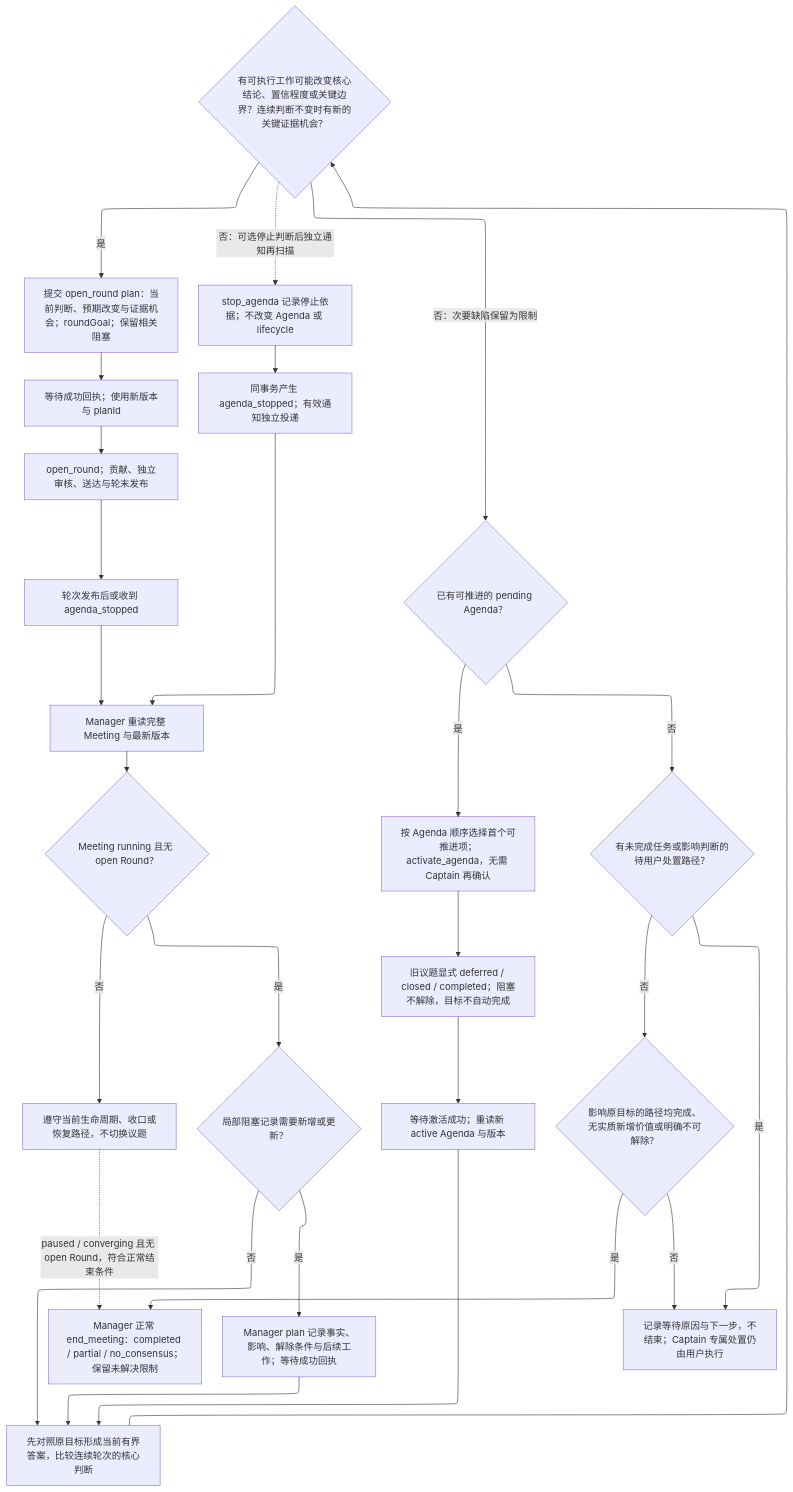
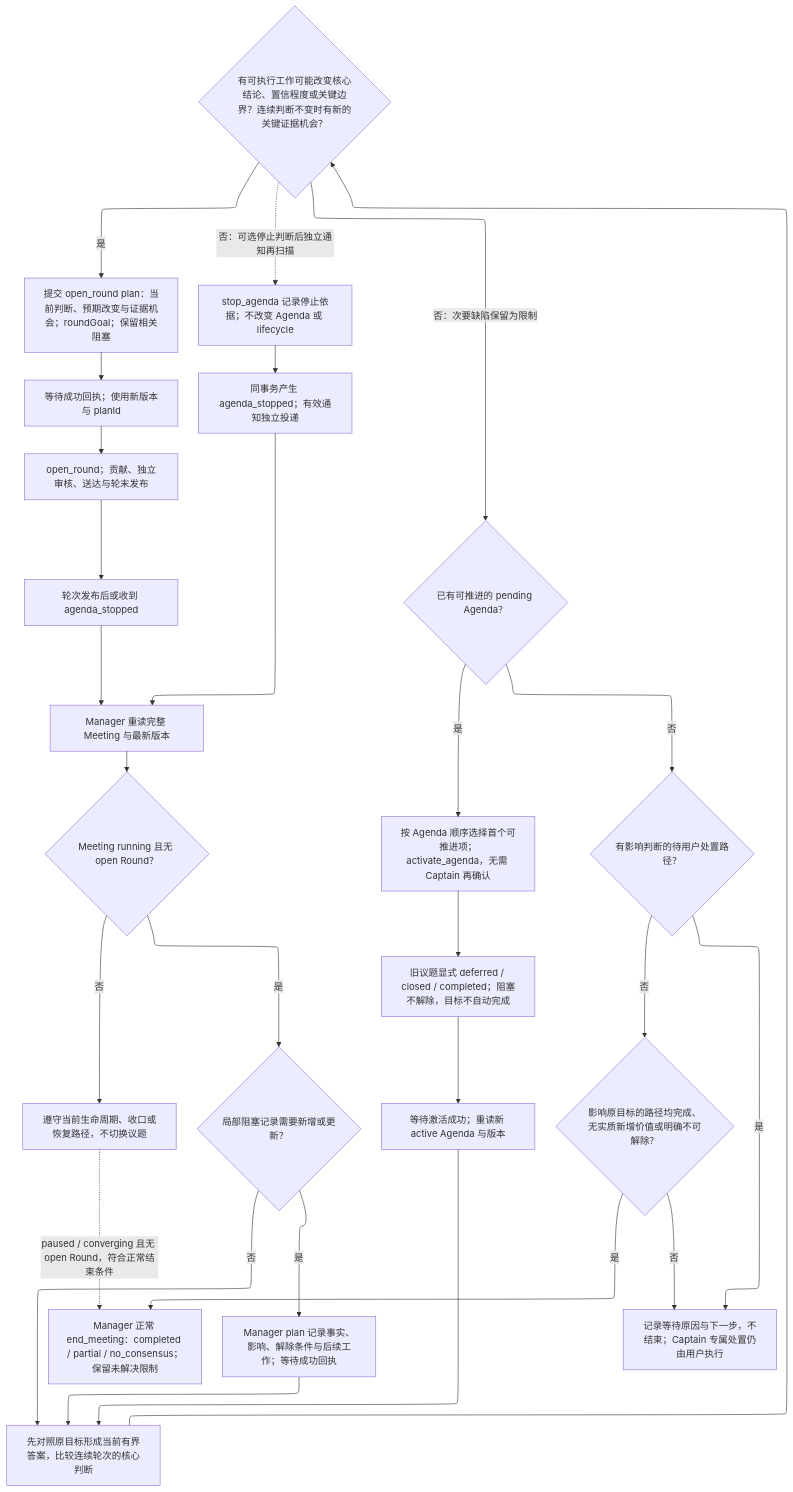
The second of 2 diagrams in docs/10-requirements/MEETING-EVIDENCE-ROUND-REQUIREMENTS.md (thundax-lyp/convivium), drawn with Mermaid before and after one commit. The commit also changed other lines of this file and 4 other files, not shown here.

````diff
--- a/docs/10-requirements/MEETING-EVIDENCE-ROUND-REQUIREMENTS.md
+++ b/docs/10-requirements/MEETING-EVIDENCE-ROUND-REQUIREMENTS.md
@@ -153,33 +153,33 @@
 ```mermaid
 ---
 config:
   layout: elk
 ---
 flowchart TD
     R["轮次发布后或收到 agenda_stopped"] --> Read["Manager 重读完整 Meeting 与最新版本"]
     Read --> Life{"Meeting running 且无 open Round？"}
     Life -->|否| Guard["遵守当前生命周期、收口或恢复路径，不切换议题"]
     Guard -.->|paused / converging 且无 open Round，符合正常结束条件| End
     Life -->|是| Block{"局部阻塞记录需要新增或更新？"}
     Block -->|是| Record["Manager plan 记录事实、影响、解除条件与后续工作；等待成功回执"]
     Block -->|否| Answer
     Record --> Answer["先对照原目标形成当前有界答案，比较连续轮次的核心判断"]
     Answer --> Current{"有可执行工作可能改变核心结论、置信程度或关键边界？连续判断不变时有新的关键证据机会？"}
     Current -->|是| Plan["提交 open_round plan：当前判断、预期改变与证据机会；roundGoal；保留相关阻塞"]
     Plan --> Receipt["等待成功回执；使用新版本与 planId"]
     Receipt --> Open["open_round；贡献、独立审核、送达与轮末发布"]
     Open --> R
     Current -->|否：次要缺陷保留为限制| Next{"已有可推进的 pending Agenda？"}
     Next -->|是| Activate["按 Agenda 顺序选择首个可推进项；activate_agenda，无需 Captain 再确认"]
     Activate --> Disposition["旧议题显式 deferred / closed / completed；阻塞不解除，目标不自动完成"]
     Disposition --> Fresh["等待激活成功；重读新 active Agenda 与版本"]
     Fresh --> Answer
-    Next -->|否| Work{"有未完成任务或影响判断的待用户处置路径？"}
+    Next -->|否| Work{"有影响判断的待用户处置路径？"}
     Work -->|是| Wait["记录等待原因与下一步，不结束；Captain 专属处置仍由用户执行"]
     Work -->|否| Exhausted{"影响原目标的路径均完成、无实质新增价值或明确不可解除？"}
     Current -.->|否：可选停止判断后独立通知再扫描| SubmitStop["stop_agenda 记录停止依据；不改变 Agenda 或 lifecycle"]
     SubmitStop --> Notice["同事务产生 agenda_stopped；有效通知独立投递"]
     Notice --> Read
     Exhausted -->|否| Wait
     Exhausted -->|是| End["Manager 正常 end_meeting：completed / partial / no_consensus；保留未解决限制"]
 ```
````
